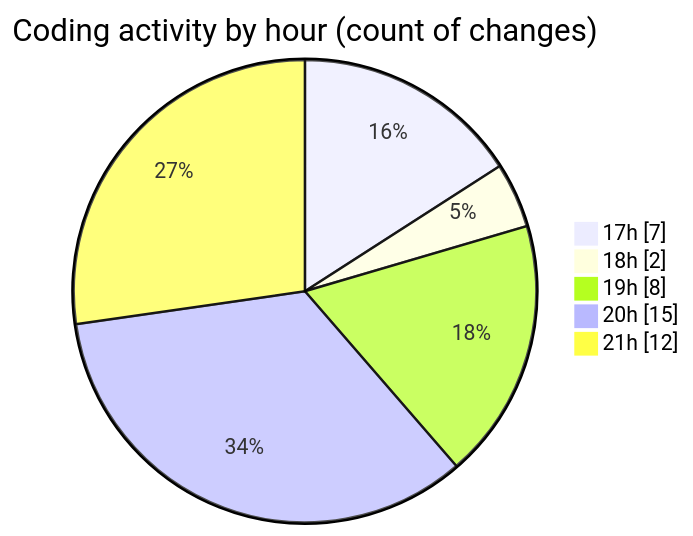
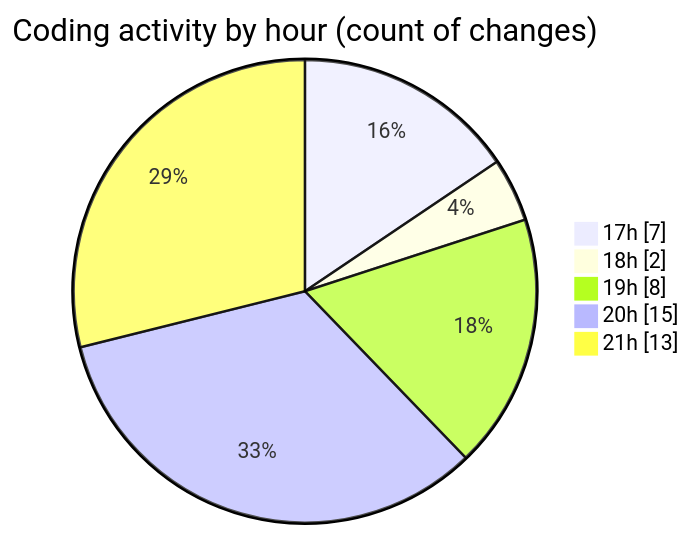
One commit to MatusMokan/code-tracking changed the second of 2 diagrams in 2025-01-12/myws__workspace_/README.md. Above: the diagram before and after it, drawn with Mermaid. The commit also changed other lines of this file and 1 other file, not shown here.

````diff
--- a/2025-01-12/myws__workspace_/README.md
+++ b/2025-01-12/myws__workspace_/README.md
@@ -30,9 +30,9 @@
 ```mermaid
 pie showData
 title Coding activity by hour (count of changes)
 "17h" : 7
 "18h" : 2
 "19h" : 8
 "20h" : 15
-"21h" : 12
+"21h" : 13
 ```
````
